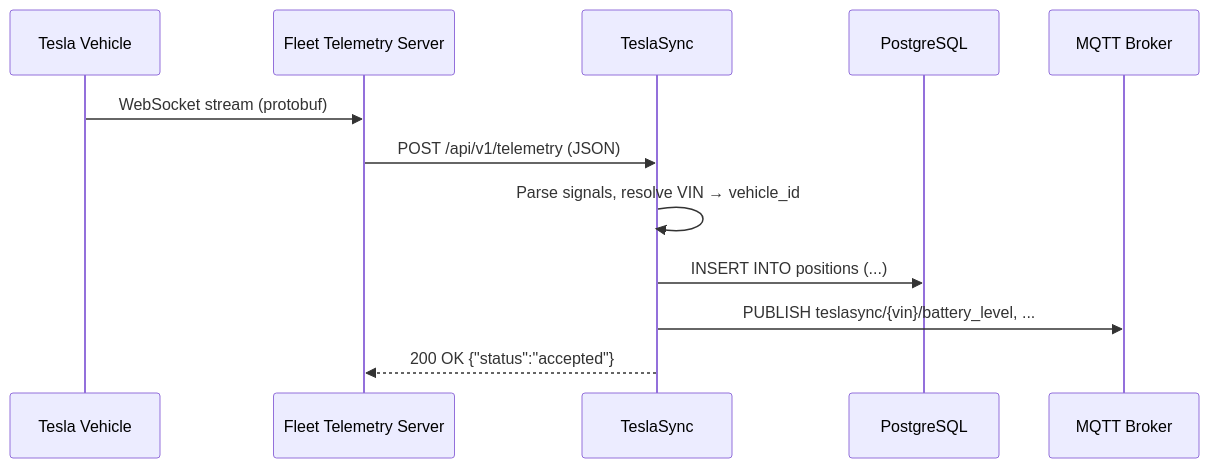
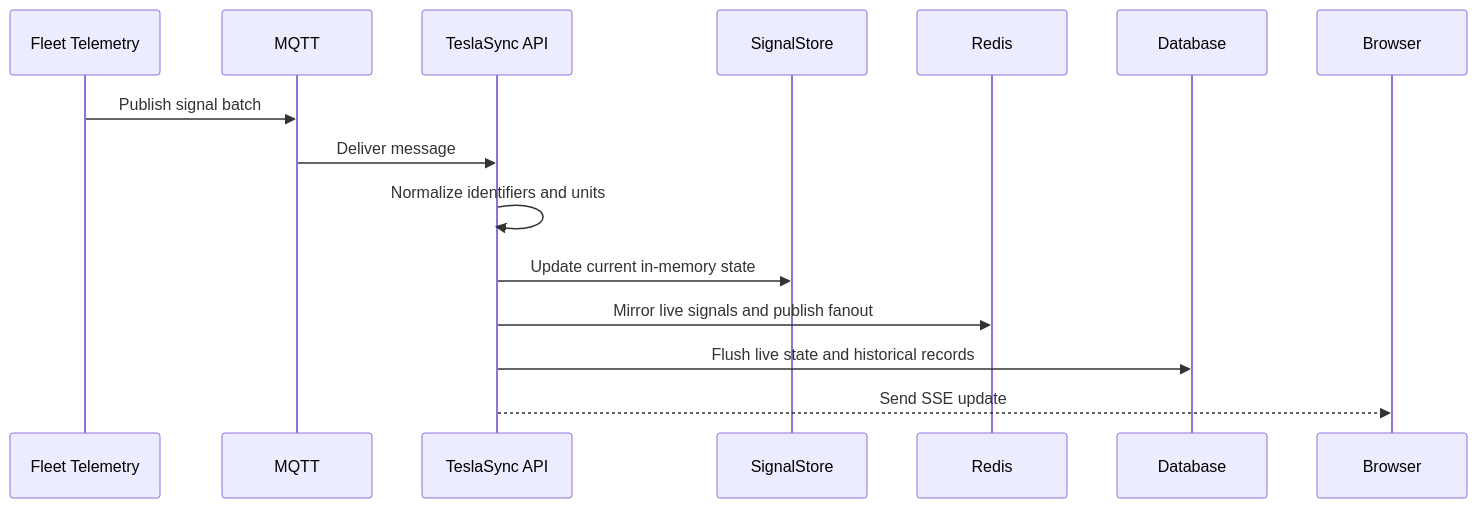
The second of 2 diagrams in docs/guide/fleet-telemetry.md (ev-dev-labs/teslasync), drawn with Mermaid before and after one commit. The commit also changed other lines of this file and 36 other files, not shown here.

````diff
--- a/docs/guide/fleet-telemetry.md
+++ b/docs/guide/fleet-telemetry.md
@@ -51,15 +39,18 @@
 ```mermaid
 sequenceDiagram
-    participant V as Tesla Vehicle
-    participant FT as Fleet Telemetry Server
-    participant TS as TeslaSync
-    participant DB as PostgreSQL
-    participant MQ as MQTT Broker
+    participant FT as Fleet Telemetry
+    participant MQTT as MQTT
+    participant API as TeslaSync API
+    participant Store as SignalStore
+    participant Redis as Redis
+    participant DB as Database
+    participant UI as Browser
 
-    V->>FT: WebSocket stream (protobuf)
-    FT->>TS: POST /api/v1/telemetry (JSON)
-    TS->>TS: Parse signals, resolve VIN → vehicle_id
-    TS->>DB: INSERT INTO positions (...)
-    TS->>MQ: PUBLISH teslasync/{vin}/battery_level, ...
-    TS-->>FT: 200 OK {"status":"accepted"}
+    FT->>MQTT: Publish signal batch
+    MQTT->>API: Deliver message
+    API->>API: Normalize identifiers and units
+    API->>Store: Update current in-memory state
+    API->>Redis: Mirror live signals and publish fanout
+    API->>DB: Flush live state and historical records
+    API-->>UI: Send SSE update
 ```
````
